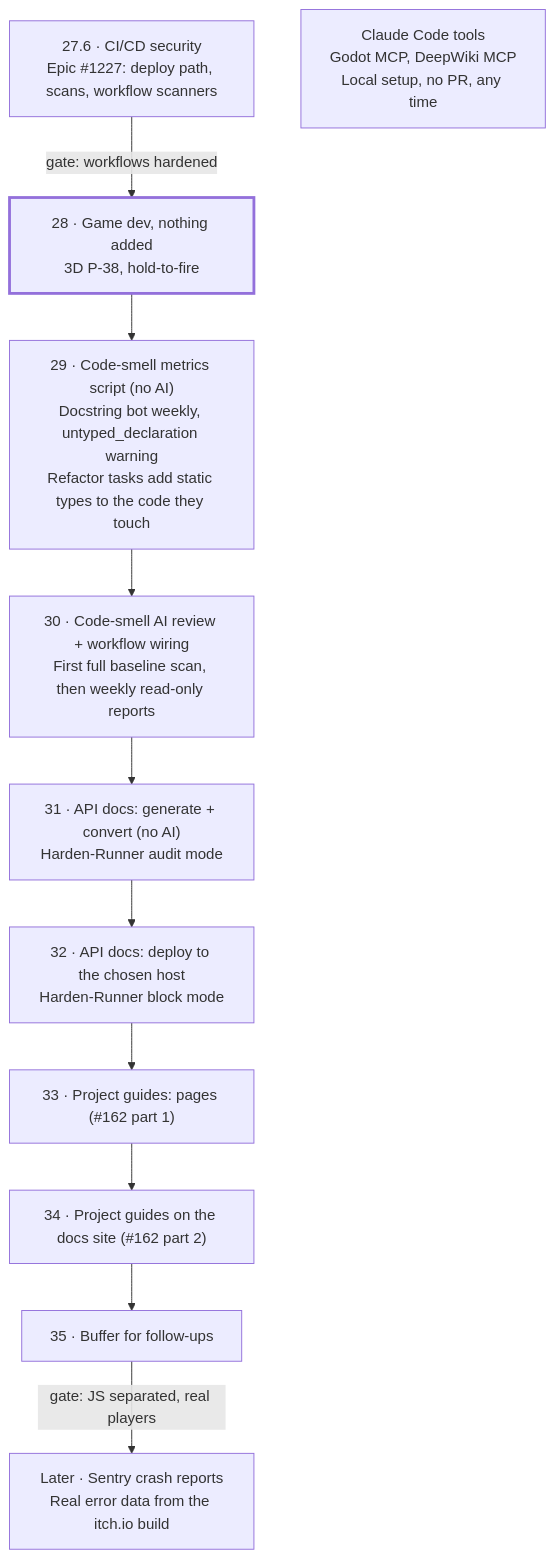
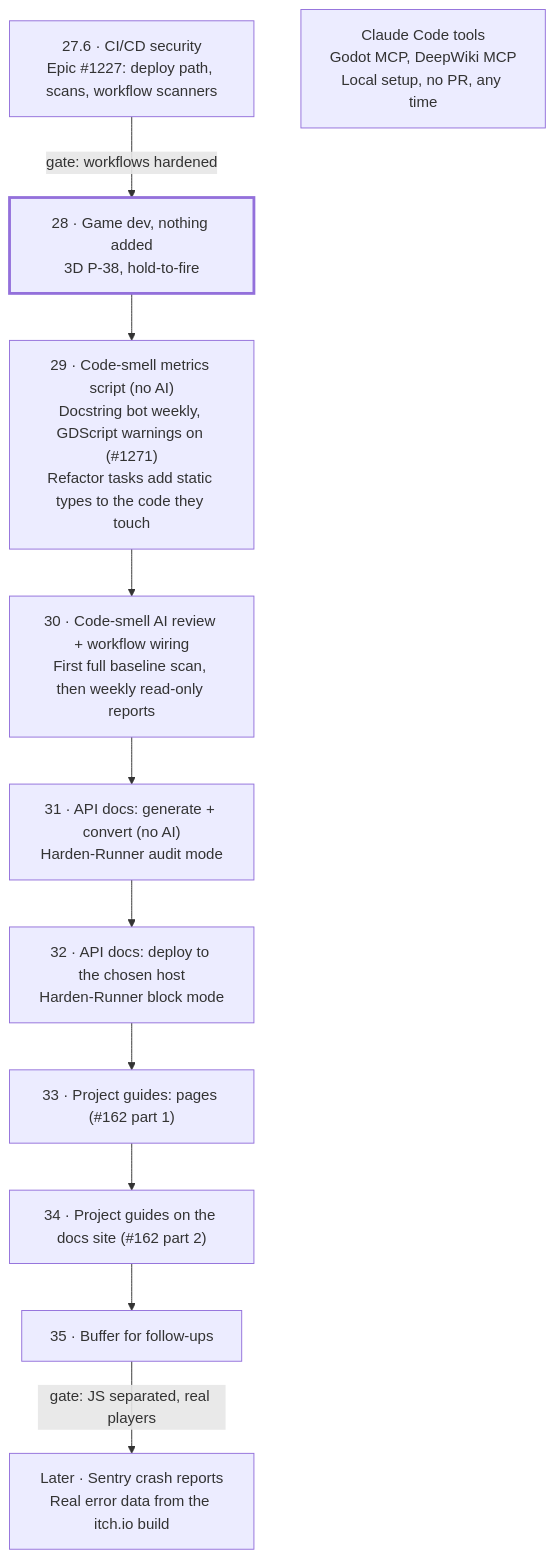
One commit to ikostan/SkyLockAssault changed the diagram in files/docs/Dev_Automation_Plan.md. Above: the diagram before and after it, drawn with Mermaid. The commit also changed other lines of this file, not shown here.

````diff
--- a/files/docs/Dev_Automation_Plan.md
+++ b/files/docs/Dev_Automation_Plan.md
@@ -14,18 +14,18 @@
 ```mermaid
 flowchart TD
   M276["27.6 · CI/CD security<br/>Epic #1227: deploy path, scans, workflow scanners"]
   M28["28 · Game dev, nothing added<br/>3D P-38, hold-to-fire"]
-  M29["29 · Code-smell metrics script (no AI)<br/>Docstring bot weekly, untyped_declaration warning<br/>Refactor tasks add static types to the code they touch"]
+  M29["29 · Code-smell metrics script (no AI)<br/>Docstring bot weekly, GDScript warnings on (#1271)<br/>Refactor tasks add static types to the code they touch"]
   M30["30 · Code-smell AI review + workflow wiring<br/>First full baseline scan, then weekly read-only reports"]
   M31["31 · API docs: generate + convert (no AI)<br/>Harden-Runner audit mode"]
   M32["32 · API docs: deploy to the chosen host<br/>Harden-Runner block mode"]
   M33["33 · Project guides: pages (#162 part 1)"]
   M34["34 · Project guides on the docs site (#162 part 2)"]
   M35["35 · Buffer for follow-ups"]
   LATER["Later · Sentry crash reports<br/>Real error data from the itch.io build"]
   TOOLS["Claude Code tools<br/>Godot MCP, DeepWiki MCP<br/>Local setup, no PR, any time"]
   M276 -->|gate: workflows hardened| M28
   M28 --> M29 --> M30 --> M31 --> M32 --> M33 --> M34 --> M35
   M35 -->|gate: JS separated, real players| LATER
   style M28 stroke-width:3px
 ```
````
